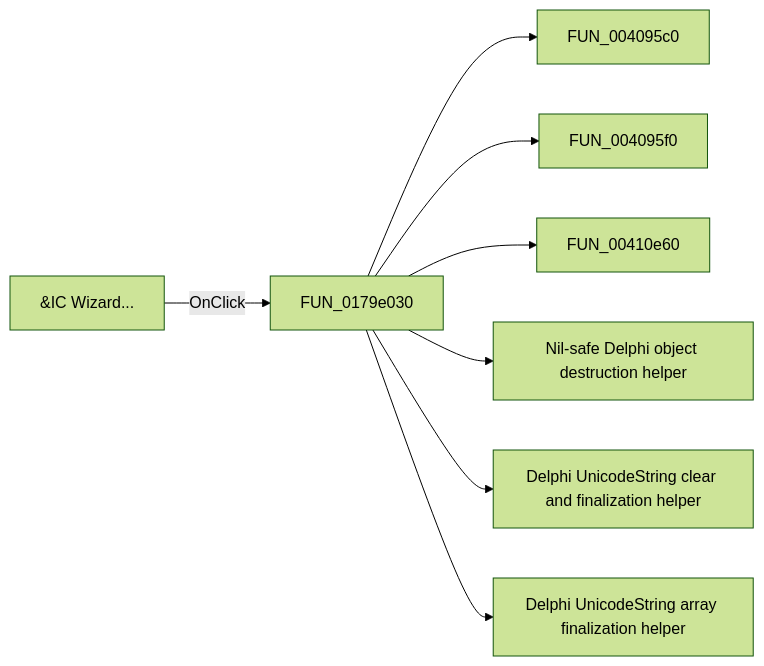
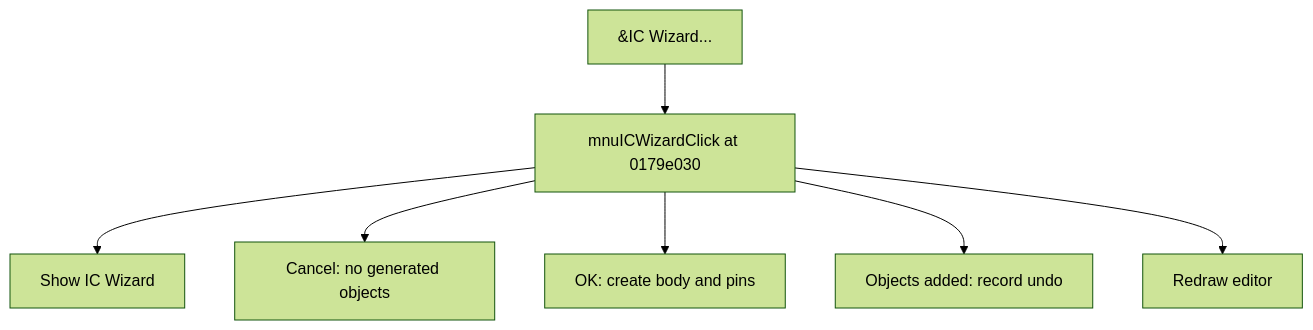
The diagram in docs/ui-controls/shapeedit/mnuicwizard-0f13d35075.md (MovGP0/TIARA), drawn with Mermaid (forest theme) before and after one commit. The commit also changed other lines of this file and 1062 other files, not shown here.

````diff
--- a/docs/ui-controls/shapeedit/mnuicwizard-0f13d35075.md
+++ b/docs/ui-controls/shapeedit/mnuicwizard-0f13d35075.md
@@ -27,10 +25,9 @@
 ```mermaid
-flowchart LR
-    control["&IC Wizard..."] -->|OnClick| handler["FUN_0179e030"]
-    handler --> call1["FUN_004095c0"]
-    handler --> call2["FUN_004095f0"]
-    handler --> call3["FUN_00410e60"]
-    handler --> call4["Nil-safe Delphi object destruction helper"]
-    handler --> call5["Delphi UnicodeString clear and finalization helper"]
-    handler --> call6["Delphi UnicodeString array finalization helper"]
+flowchart TD
+    control["&IC Wizard..."] --> handler["mnuICWizardClick at 0179e030"]
+    handler --> step1["Show IC Wizard"]
+    handler --> step2["Cancel: no generated objects"]
+    handler --> step3["OK: create body and pins"]
+    handler --> step4["Objects added: record undo"]
+    handler --> step5["Redraw editor"]
 ```
````
